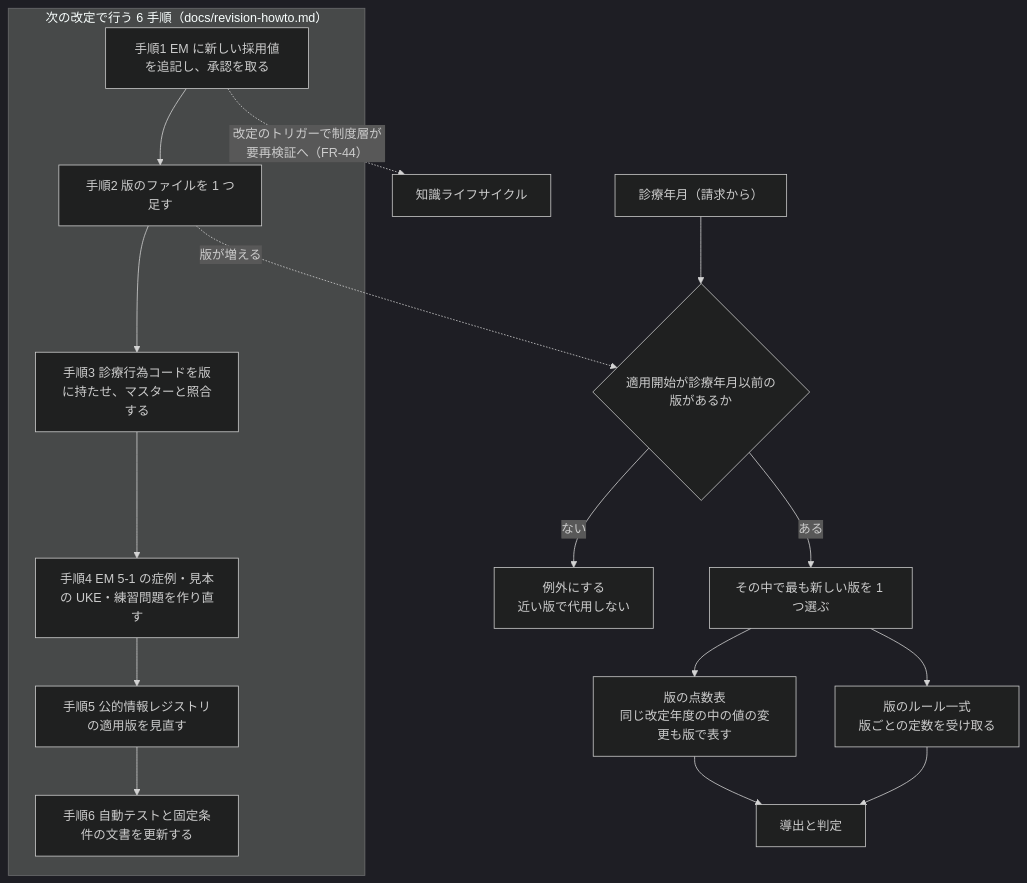
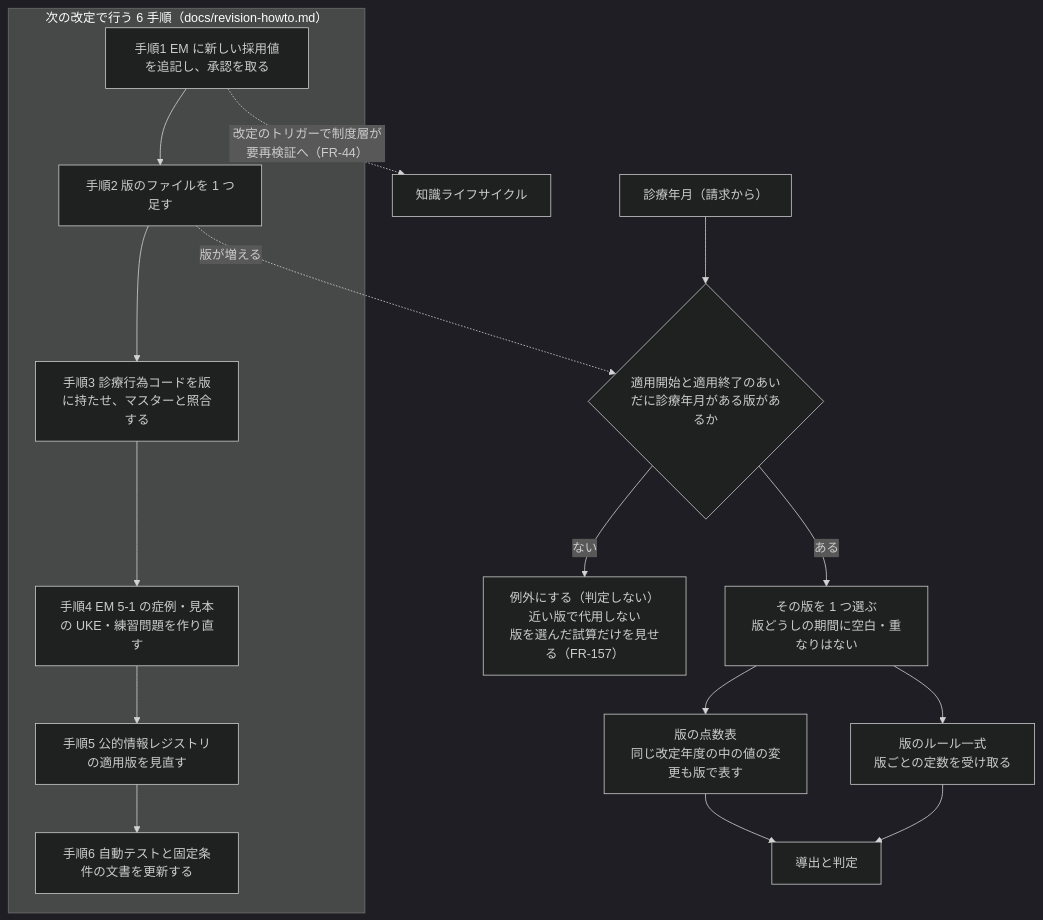
The sixth of 6 diagrams in design/iji-context/spec.md (toshi-naka-boop/iji-context), drawn with Mermaid (dark theme) before and after one commit. The commit also changed other lines of this file, not shown here.

Commit message:
docs: spec の Mermaid の図を直す（図3 のノード名、図6 の版の解決）
図の文法を目で確かめた（描画は確かめていない。新しい依存を使わない指示のため、
mermaid-cli などは使っていない）。

- 図3：`SK[.claude/skills/]` と `QL[query-log/]` は、文字が `/]` で終わる。Mermaid の
  flowchart では `/]` が台形の閉じとして読まれ、構文の誤りになるおそれがあるので、
  文字を二重引用符で囲んだ（表示の文字は変わらない）
- 図6：版の解決の分岐の文を、FR-88 の改訂（L-20：適用開始と適用終了のあいだ、
  design.md §2-5）と、版のない診療年月は試算だけ（FR-157、design.md §11-12、
  CLAUDE.md 固定条件）に合わせた。構文は変えていない

ほかの図（図1・2・4・5）は、閉じていない括弧・未定義のノードが見つからず、変えていない。

````diff
--- a/design/iji-context/spec.md
+++ b/design/iji-context/spec.md
@@ -642,23 +642,23 @@
 ```mermaid
 flowchart TD
-    YM["診療年月（請求から）"] --> RS{"適用開始が診療年月以前の版があるか"}
-    RS -->|"ある"| PICK["その中で最も新しい版を 1 つ選ぶ"]
-    RS -->|"ない"| ERR["例外にする<br>近い版で代用しない"]
+    YM["診療年月（請求から）"] --> RS{"適用開始と適用終了のあいだに診療年月がある版があるか"}
+    RS -->|"ある"| PICK["その版を 1 つ選ぶ<br>版どうしの期間に空白・重なりはない"]
+    RS -->|"ない"| ERR["例外にする（判定しない）<br>近い版で代用しない<br>版を選んだ試算だけを見せる（FR-157）"]
     PICK --> PT["版の点数表<br>同じ改定年度の中の値の変更も版で表す"]
     PICK --> RL["版のルール一式<br>版ごとの定数を受け取る"]
     PT --> EV["導出と判定"]
     RL --> EV
 
     subgraph HOWTO["次の改定で行う 6 手順（docs/revision-howto.md）"]
         H1["手順1 EM に新しい採用値を追記し、承認を取る"]
         H2["手順2 版のファイルを 1 つ足す"]
         H3["手順3 診療行為コードを版に持たせ、マスターと照合する"]
         H4["手順4 EM 5-1 の症例・見本の UKE・練習問題を作り直す"]
         H5["手順5 公的情報レジストリの適用版を見直す"]
         H6["手順6 自動テストと固定条件の文書を更新する"]
         H1 --> H2 --> H3 --> H4 --> H5 --> H6
     end
 
     H2 -.->|"版が増える"| RS
     H1 -.->|"改定のトリガーで制度層が要再検証へ（FR-44）"| KN["知識ライフサイクル"]
 ```
````
